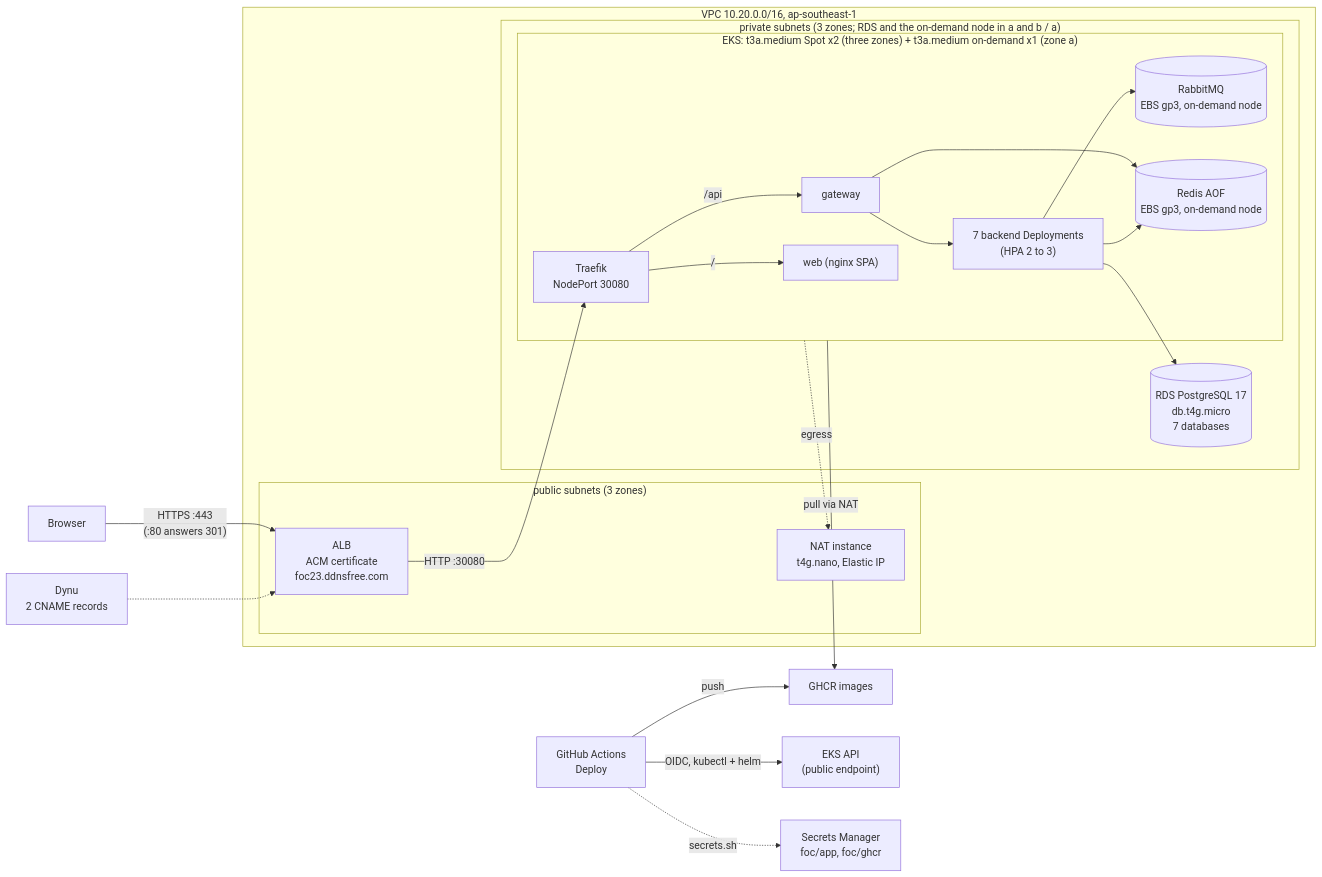
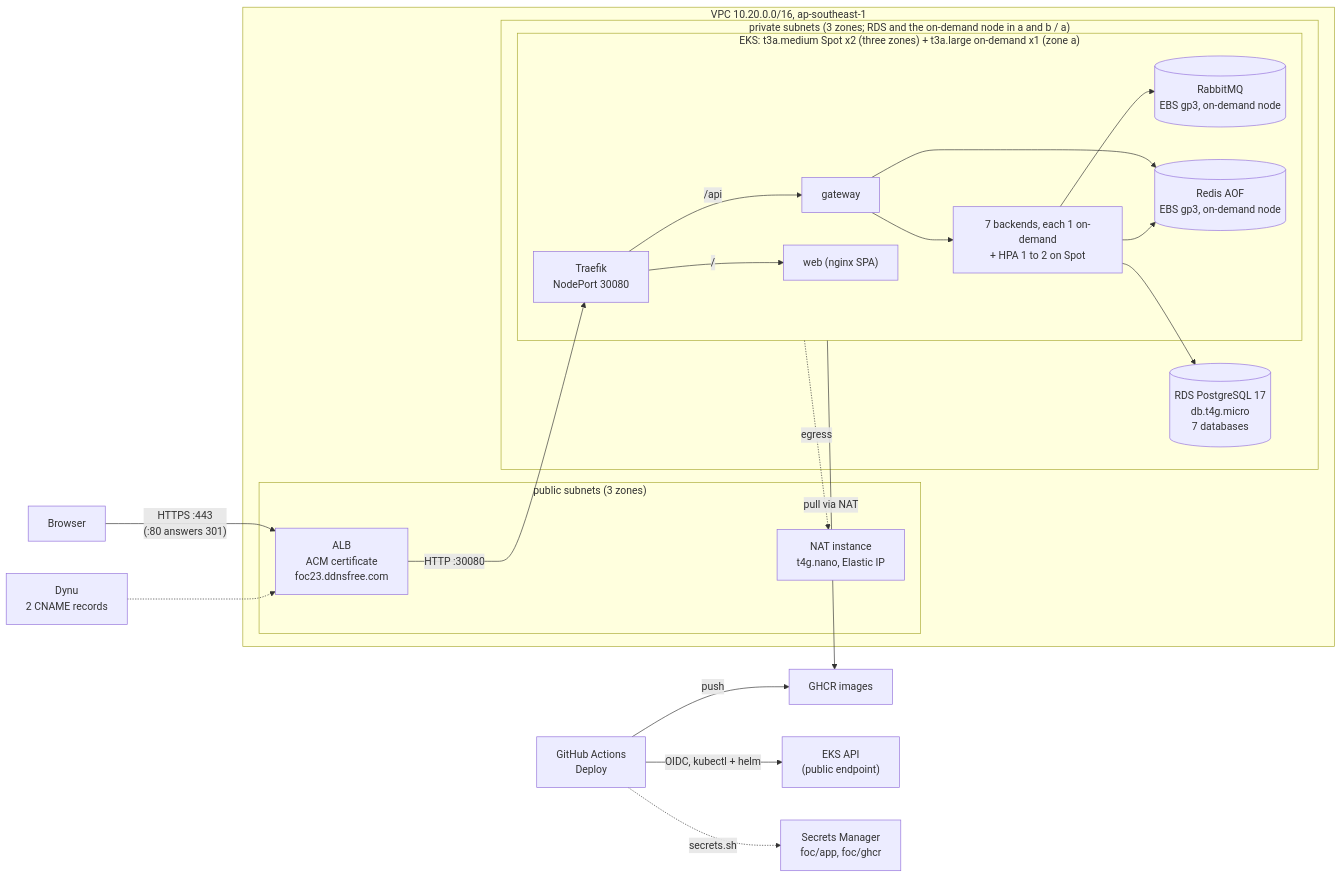
One commit to AY2627S1-CS3219-P23/foc changed the diagram in docs/deployment.md. Above: the diagram before and after it, drawn with Mermaid. The commit also changed other lines of this file and 23 other files, not shown here.

````diff
--- a/docs/deployment.md
+++ b/docs/deployment.md
@@ -75,28 +81,28 @@
 ```mermaid
 flowchart LR
   browser["Browser"] -->|"HTTPS :443<br/>(:80 answers 301)"| alb["ALB<br/>ACM certificate<br/>foc23.ddnsfree.com"]
   dns["Dynu<br/>2 CNAME records"] -.-> alb
   subgraph vpc["VPC 10.20.0.0/16, ap-southeast-1"]
     subgraph pub["public subnets (3 zones)"]
       alb
       nat["NAT instance<br/>t4g.nano, Elastic IP"]
     end
     subgraph priv["private subnets (3 zones; RDS and the on-demand node in a and b / a)"]
-      subgraph eks["EKS: t3a.medium Spot x2 (three zones) + t3a.medium on-demand x1 (zone a)"]
+      subgraph eks["EKS: t3a.medium Spot x2 (three zones) + t3a.large on-demand x1 (zone a)"]
         traefik["Traefik<br/>NodePort 30080"] -->|"/api"| gateway
         traefik -->|"/"| web["web (nginx SPA)"]
-        gateway --> svc["7 backend Deployments<br/>(HPA 2 to 3)"]
+        gateway --> svc["7 backends, each 1 on-demand<br/>+ HPA 1 to 2 on Spot"]
         svc --> mq[("RabbitMQ<br/>EBS gp3, on-demand node")]
         gateway --> redis[("Redis AOF<br/>EBS gp3, on-demand node")]
         svc --> redis
       end
       svc --> rds[("RDS PostgreSQL 17<br/>db.t4g.micro<br/>7 databases")]
     end
     alb -->|"HTTP :30080"| traefik
     eks -.->|"egress"| nat
   end
   gha["GitHub Actions<br/>Deploy"] -->|"push"| ghcr["GHCR images"]
   gha -->|"OIDC, kubectl + helm"| api["EKS API<br/>(public endpoint)"]
   gha -.->|"secrets.sh"| sm["Secrets Manager<br/>foc/app, foc/ghcr"]
   eks -->|"pull via NAT"| ghcr
 ```
````
